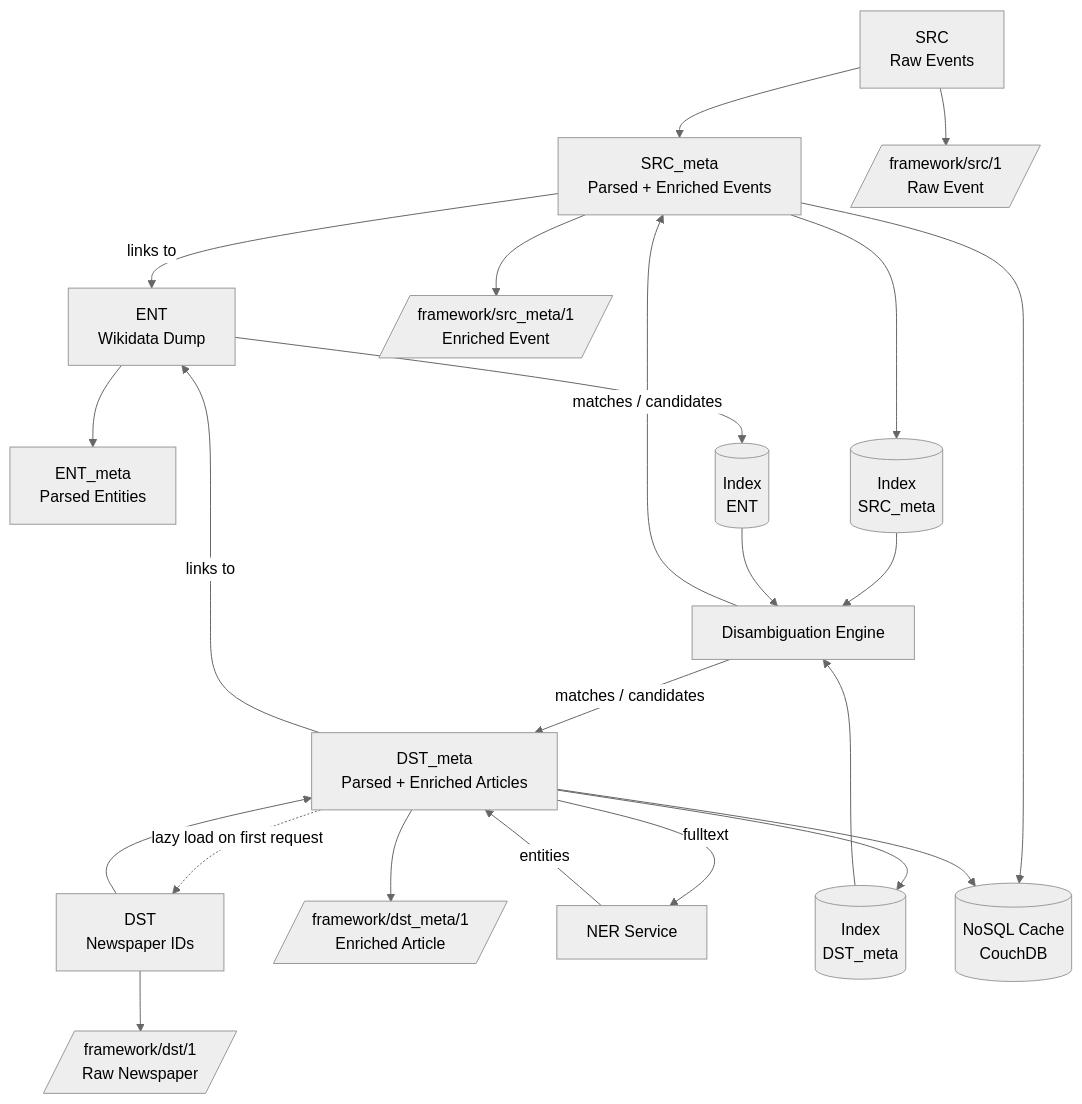
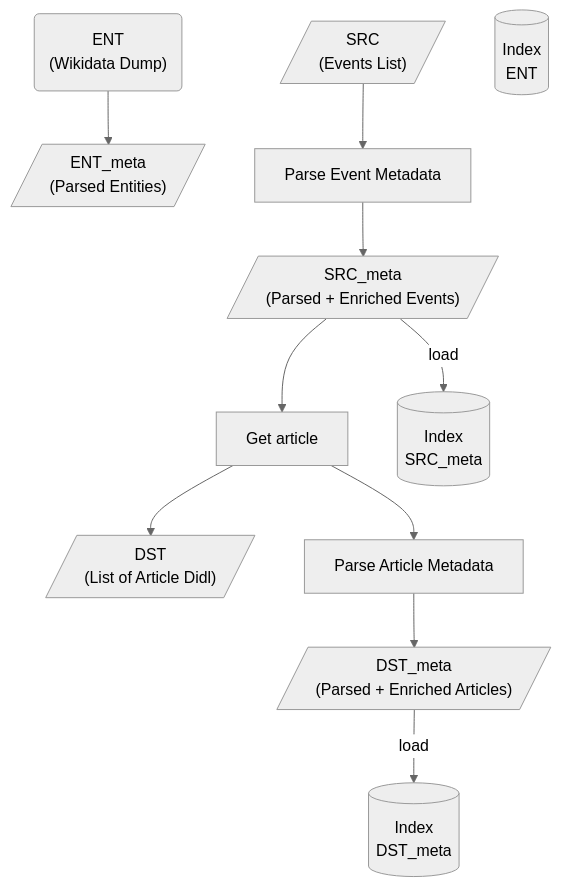
One commit to Shoilee/linking_delpher changed the diagram in readme.md. Above: the diagram before and after it, drawn with Mermaid (neutral theme).

Commit message:
minor clean up

````diff
--- a/readme.md
+++ b/readme.md
@@ -3,68 +3,39 @@
 ```mermaid
 
 flowchart TD
 
 %% Core data layers
-SRC[SRC\nRaw Events]
-SRC_META[SRC_meta\nParsed + Enriched Events]
+SRC[/"SRC</br>(Events List)"/]
+SRC_META[/"SRC_meta</br>(Parsed + Enriched Events)"/]
 
-DST[DST\nNewspaper IDs ]
-DST_META[DST_meta\nParsed + Enriched Articles]
+DST[/"DST</br>(List of Article Didl)"/]
+DST_META[/"DST_meta</br>(Parsed + Enriched Articles)"/]
 
-ENT[ENT\nWikidata Dump]
-ENT_META[ENT_meta\nParsed Entities]
+ENT("ENT</br>(Wikidata Dump)")
+ENT_META[/"ENT_meta</br>(Parsed Entities)"/]
+
+
+%% Process: Parsing
+PRS_SRC["Parse Event Metadata"]
+PRS_DST["Parse Article Metadata"]
+
+%% Process: Data dump
+GET_DST["Get article"]
+SRC_META-->GET_DST-->DST
+GET_DST-->PRS_DST-->DST_META
 
 %% Relationships
-SRC --> SRC_META
-DST --> DST_META
+SRC --> PRS_SRC --> SRC_META
 ENT --> ENT_META
 
-SRC_META -->|links to| ENT
-DST_META -->|links to| ENT
+%% Indexing
+INDEX_SRC[(Index</br>SRC_meta)]
+INDEX_DST[(Index</br>DST_meta)]
+INDEX_ENT[(Index</br>ENT)]
 
-%% API Layer
-API_SRC[/framework/src/1\nRaw Event/]
-API_SRC_META[/framework/src_meta/1\nEnriched Event/]
+%% load
+SRC_META -->|load| INDEX_SRC
+DST_META -->|load| INDEX_DST
 
-API_DST[/framework/dst/1\nRaw Newspaper/]
-API_DST_META[/framework/dst_meta/1\nEnriched Article/]
-
-SRC --> API_SRC
-SRC_META --> API_SRC_META
-
-DST --> API_DST
-DST_META --> API_DST_META
-
-%% NER Service
-NER[NER Service]
-DST_META -->|fulltext| NER
-NER -->|entities| DST_META
-
-%% Indexing
-INDEX_SRC[(Index\nSRC_meta)]
-INDEX_DST[(Index\nDST_meta)]
-INDEX_ENT[(Index\nENT)]
-
-SRC_META --> INDEX_SRC
-DST_META --> INDEX_DST
-ENT --> INDEX_ENT
-
-%% Disambiguation
-DISAMBIG[Disambiguation Engine]
-
-INDEX_SRC --> DISAMBIG
-INDEX_DST --> DISAMBIG
-INDEX_ENT --> DISAMBIG
-
-DISAMBIG -->|matches / candidates| SRC_META
-DISAMBIG -->|matches / candidates| DST_META
-
-%% Storage
-NOSQL[(NoSQL Cache\nCouchDB)]
-SRC_META --> NOSQL
-DST_META --> NOSQL
-
-%% Lazy loading note
-DST_META -.->|lazy load on first request| DST
 
 ```
````
